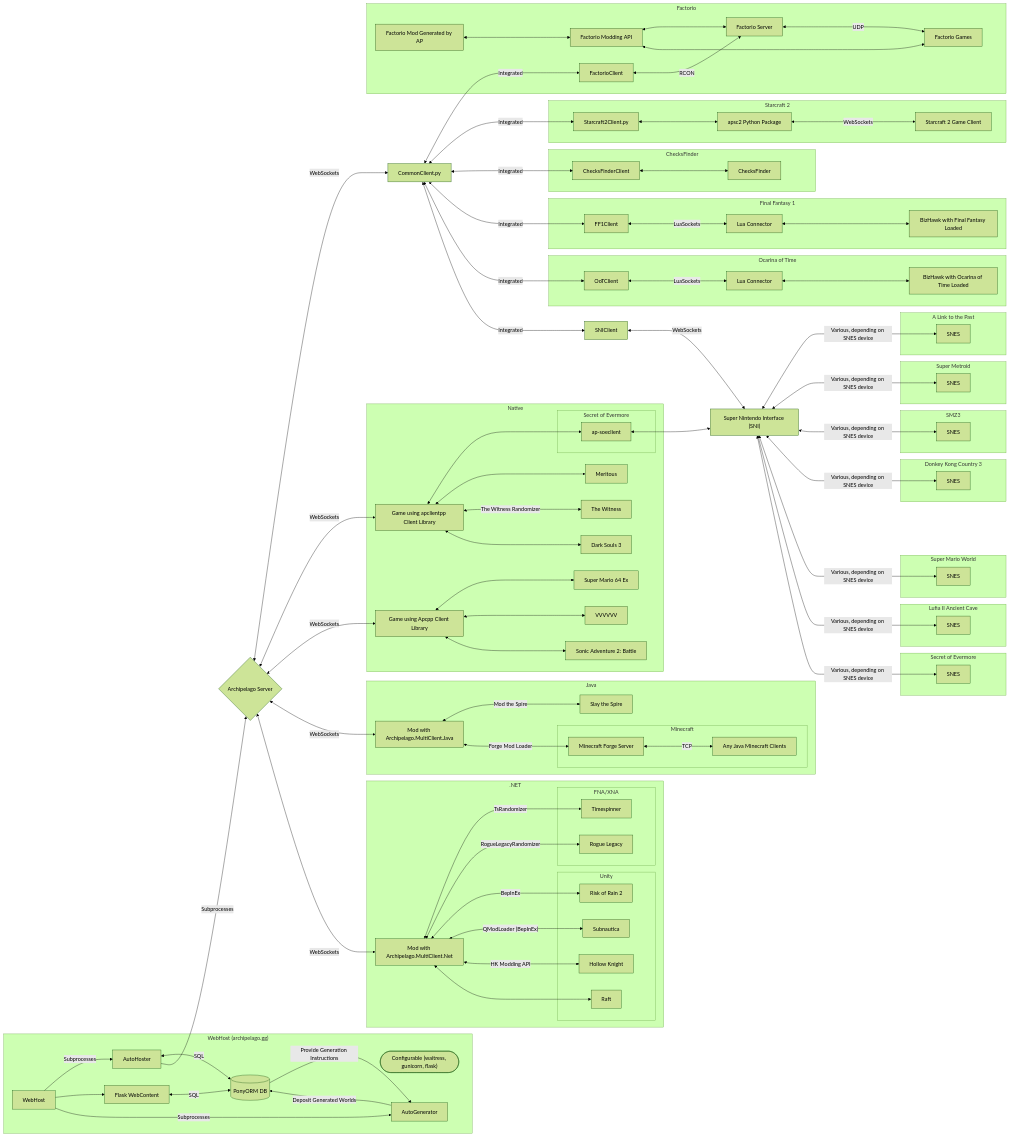
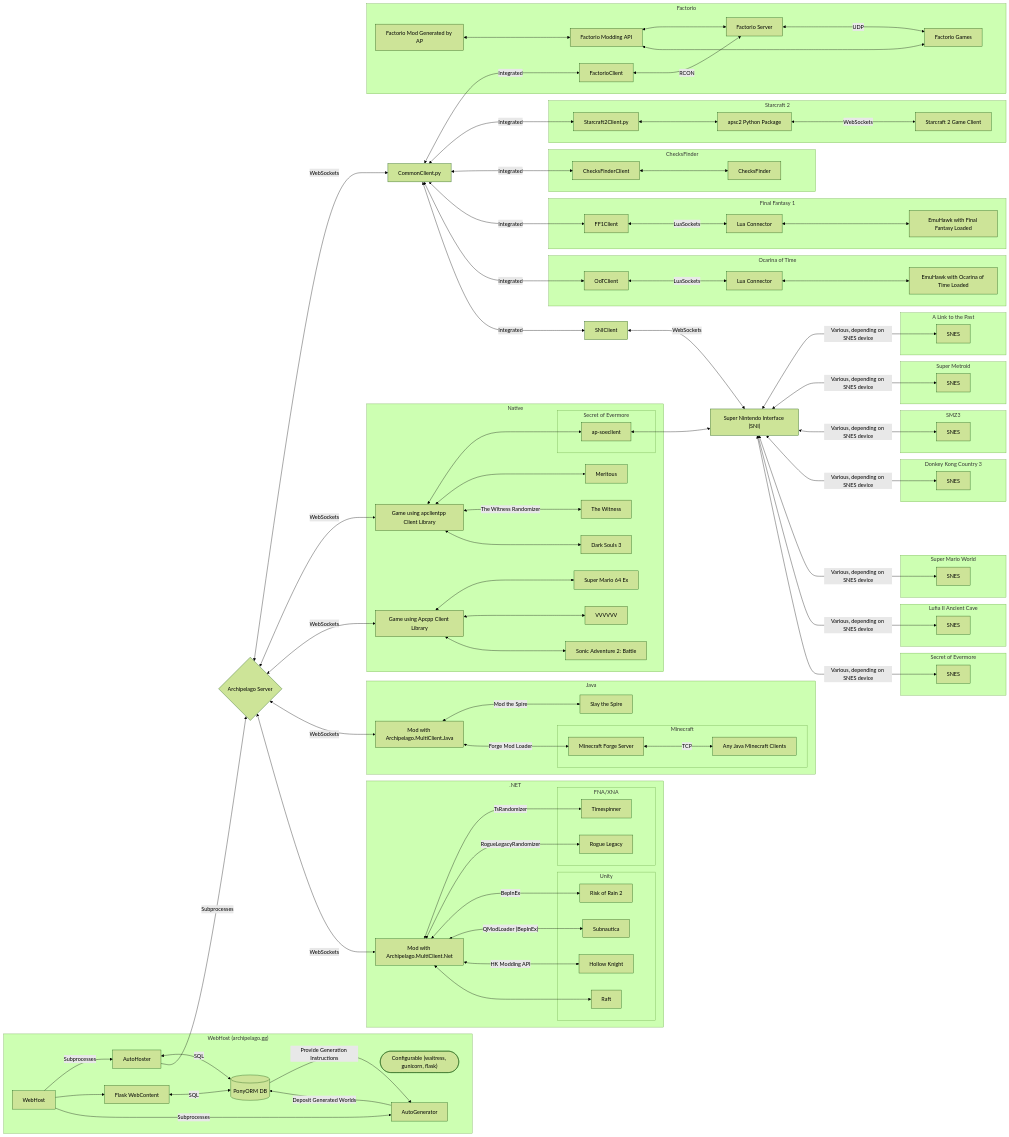
The diagram in docs/network diagram/network diagram.md (ArchipelagoMW/Archipelago), drawn with Mermaid (forest theme) before and after one commit. The commit also changed 13 other files, not shown here.

Commit message:
Use the term "EmuHawk" when referring to the app, in English docs

```diff
--- a/docs/network diagram/network diagram.md
+++ b/docs/network diagram/network diagram.md
@@ -35,7 +35,7 @@
     subgraph Final Fantasy 1
         FF1[FF1Client]
         FFLUA[Lua Connector]
-        BZFF[BizHawk with Final Fantasy Loaded]
+        BZFF[EmuHawk with Final Fantasy Loaded]
         FF1 <-- LuaSockets --> FFLUA
         FFLUA <--> BZFF
     end
@@ -45,7 +45,7 @@
     subgraph Ocarina of Time
         OC[OoTClient] 
         LC[Lua Connector]
-        OCB[BizHawk with Ocarina of Time Loaded]
+        OCB[EmuHawk with Ocarina of Time Loaded]
         OC <-- LuaSockets --> LC
         LC <--> OCB
     end
```
